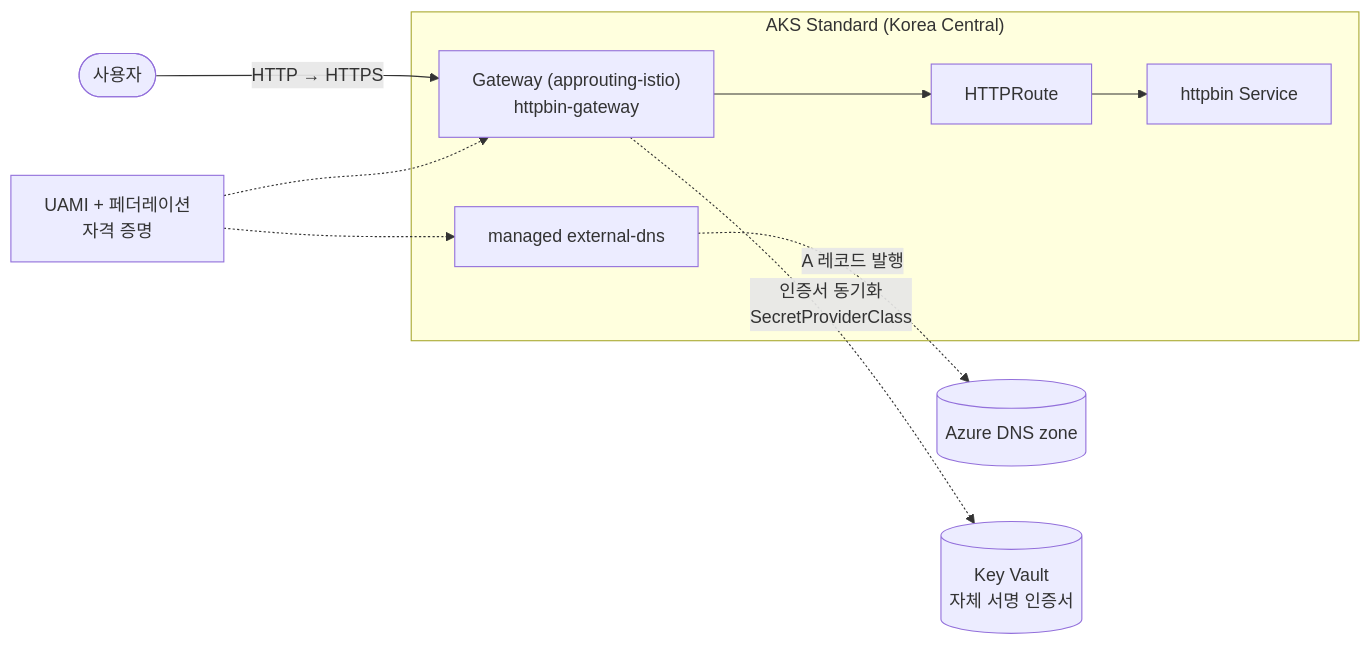
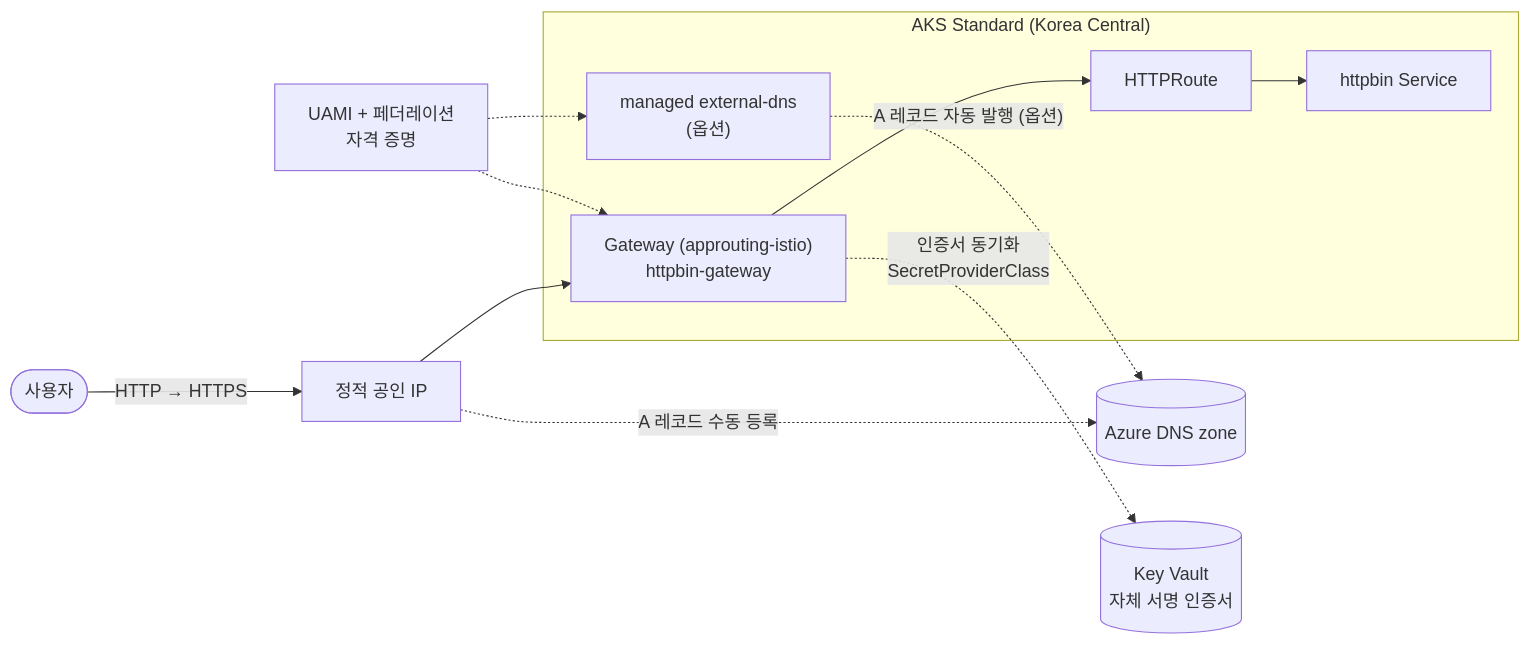
One commit to freeman9844/ms-aks-approuting-workshop01 changed the diagram in README.md. Above: the diagram before and after it, drawn with Mermaid. The commit also changed other lines of this file and 5 other files, not shown here.

````diff
--- a/README.md
+++ b/README.md
@@ -9,13 +9,14 @@
 ```mermaid
 flowchart LR
-  user([사용자]) -->|"HTTP → HTTPS"| gw["Gateway (approuting-istio)<br/>httpbin-gateway"]
+  user([사용자]) -->|"HTTP → HTTPS"| pip["정적 공인 IP"] --> gw["Gateway (approuting-istio)<br/>httpbin-gateway"]
   gw --> route[HTTPRoute] --> svc[httpbin Service]
   subgraph aks ["AKS Standard (Korea Central)"]
     gw; route; svc
-    edns[managed external-dns]
+    edns["managed external-dns<br/>(옵션)"]
   end
-  edns -.->|A 레코드 발행| zone[(Azure DNS zone)]
+  edns -.->|"A 레코드 자동 발행 (옵션)"| zone[(Azure DNS zone)]
+  pip -.->|A 레코드 수동 등록| zone
   gw -.->|인증서 동기화<br/>SecretProviderClass| kv[(Key Vault<br/>자체 서명 인증서)]
   uami[UAMI + 페더레이션<br/>자격 증명] -.-> edns
   uami -.-> gw
 ```
````
